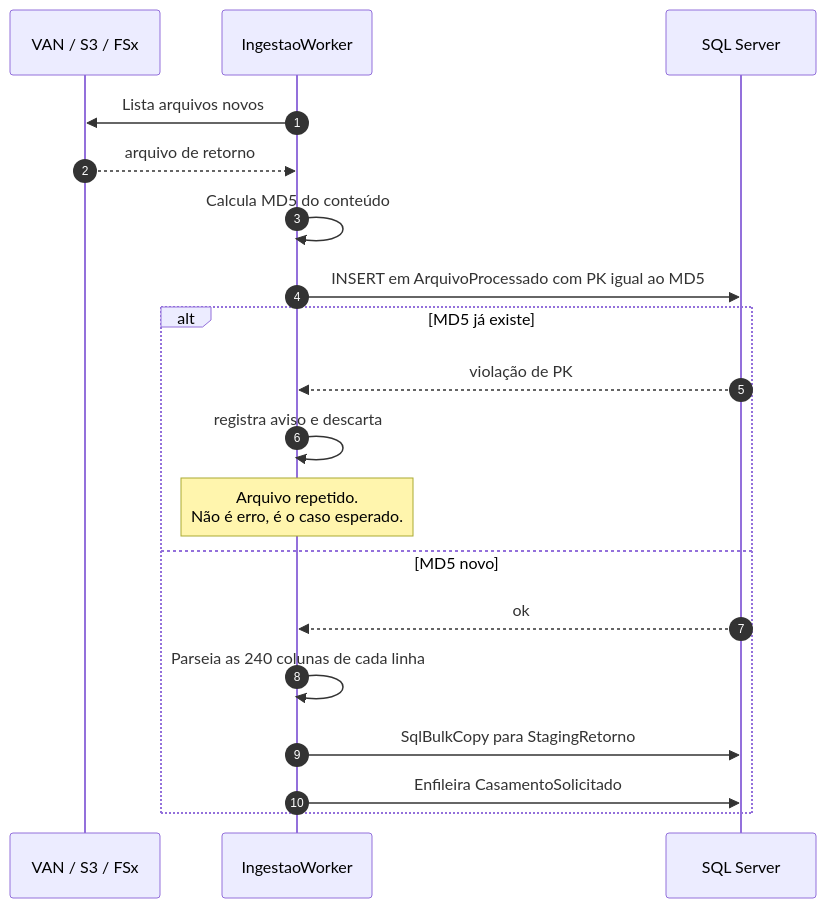
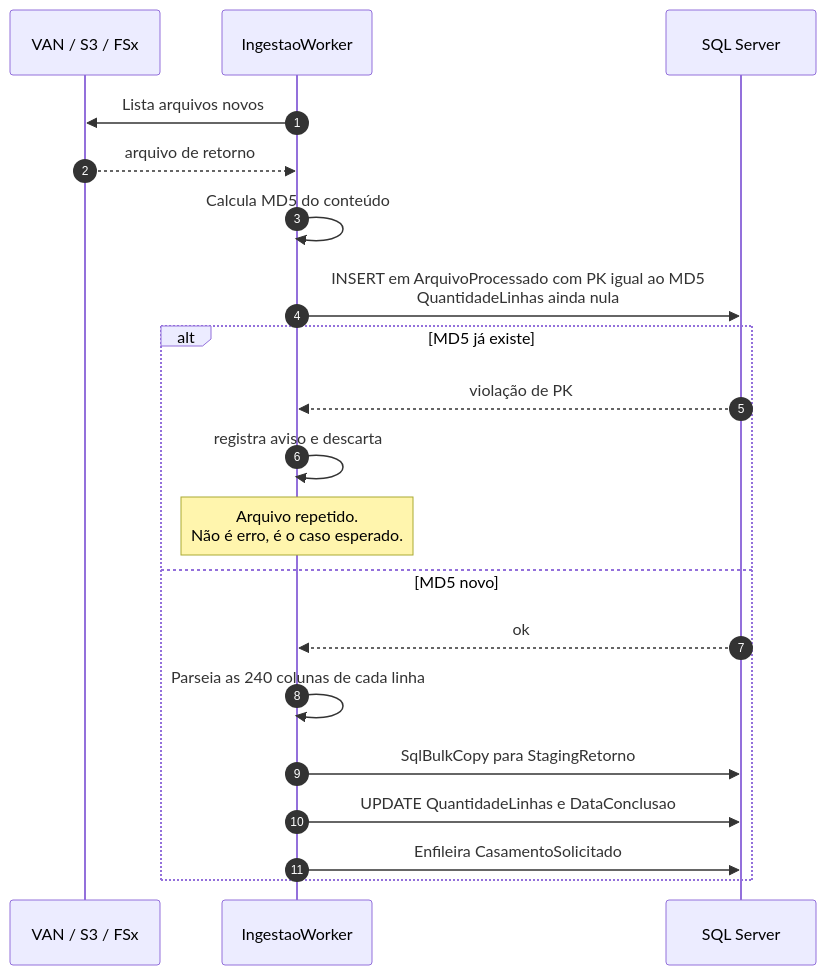
One commit to danielbfr3/sobre_aws changed the sixth of 16 diagrams in conciliacao-guia-completo.md. Above: the diagram before and after it, drawn with Mermaid. The commit also changed other lines of this file, not shown here.

````diff
--- a/conciliacao-guia-completo.md
+++ b/conciliacao-guia-completo.md
@@ -365,23 +839,24 @@
 ```mermaid
 sequenceDiagram
     autonumber
     participant V as VAN / S3 / FSx
     participant W as IngestaoWorker
     participant DB as SQL Server
 
     W->>V: Lista arquivos novos
     V-->>W: arquivo de retorno
     W->>W: Calcula MD5 do conteúdo
-    W->>DB: INSERT em ArquivoProcessado com PK igual ao MD5
+    W->>DB: INSERT em ArquivoProcessado com PK igual ao MD5<br/>QuantidadeLinhas ainda nula
 
     alt MD5 já existe
         DB-->>W: violação de PK
         W->>W: registra aviso e descarta
         Note over W: Arquivo repetido.<br/>Não é erro, é o caso esperado.
     else MD5 novo
         DB-->>W: ok
         W->>W: Parseia as 240 colunas de cada linha
         W->>DB: SqlBulkCopy para StagingRetorno
+        W->>DB: UPDATE QuantidadeLinhas e DataConclusao
         W->>DB: Enfileira CasamentoSolicitado
     end
 ```
````
